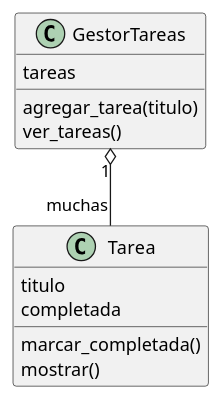
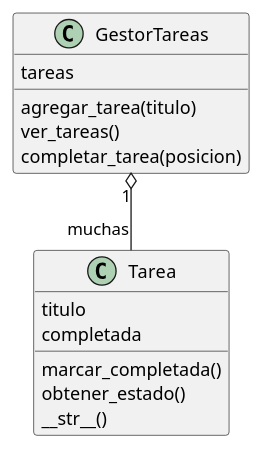
One commit to GiorgioCode/python-consultor-ia-digitalers changed the third of 5 diagrams in guias/11c_poo_basica.md. Above: the diagram before and after it, drawn with PlantUML. The commit also changed other lines of this file and 6 other files, not shown here.

````diff
--- a/guias/11c_poo_basica.md
+++ b/guias/11c_poo_basica.md
@@ -232,18 +428,20 @@
 ```plantuml
 @startuml
 class Tarea {
   titulo
   completada
   marcar_completada()
-  mostrar()
+  obtener_estado()
+  __str__()
 }
 
 class GestorTareas {
   tareas
   agregar_tarea(titulo)
   ver_tareas()
+  completar_tarea(posicion)
 }
 
 GestorTareas "1" o-- "muchas" Tarea
 @enduml
 ```
````
